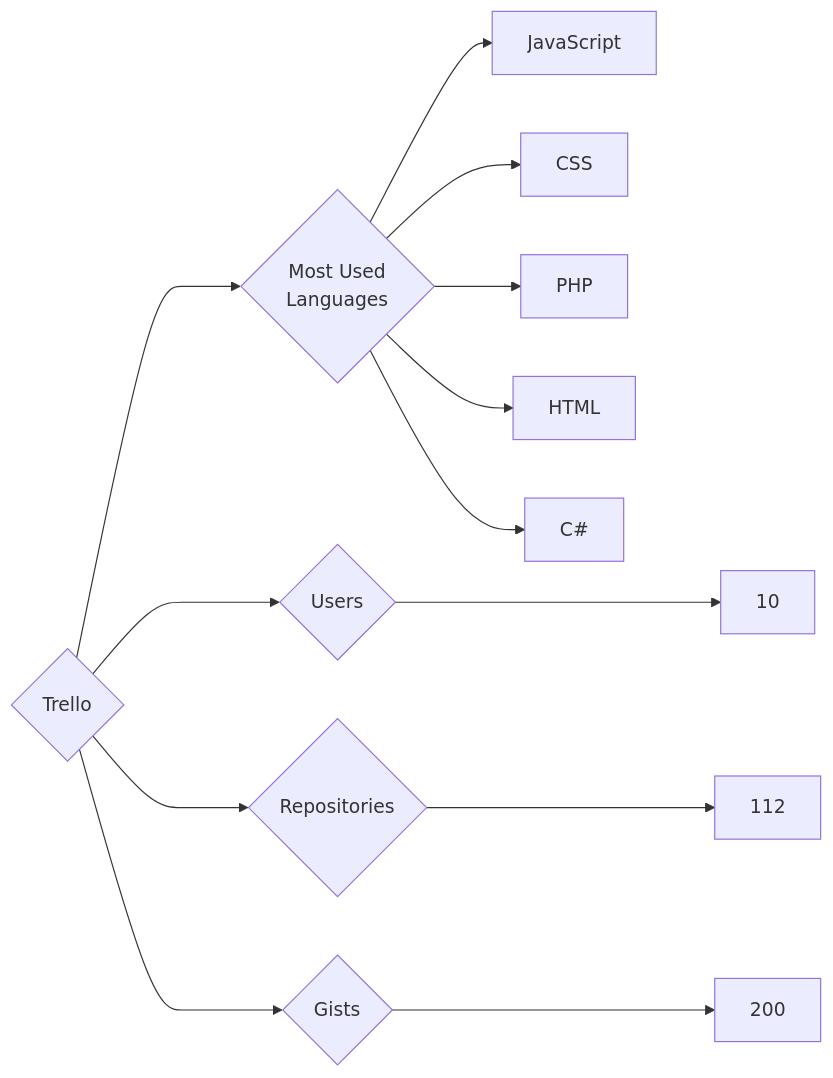
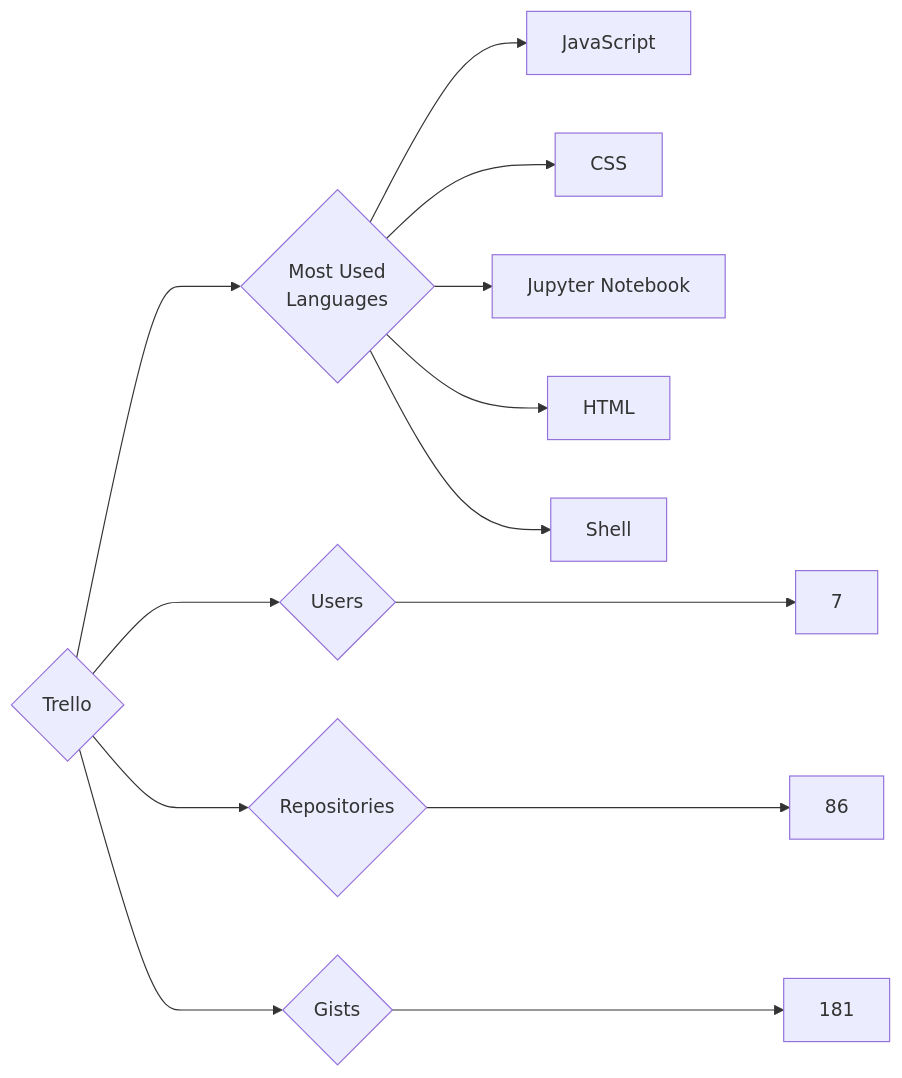
The diagram in targets/Trello/README.md (trickest/insiders), drawn with Mermaid before and after one commit. The commit also changed 976 other files, not shown here.

````diff
--- a/targets/Trello/README.md
+++ b/targets/Trello/README.md
@@ -3,13 +3,13 @@
 ```mermaid
 graph LR
 COMPANY_NAME{Trello}
-COMPANY_NAME ---> U{Users} ---> UN[10]
-COMPANY_NAME ---> R{Repositories} ---> RN[112]
-COMPANY_NAME ---> G{Gists} ---> GN[200]
+COMPANY_NAME ---> U{Users} ---> UN[7]
+COMPANY_NAME ---> R{Repositories} ---> RN[86]
+COMPANY_NAME ---> G{Gists} ---> GN[181]
 COMPANY_NAME ---> ML{Most Used<br>Languages}
 ML --> JavaScript[JavaScript]
 ML --> CSS[CSS]
-ML --> PHP[PHP]
+ML --> Jupyter_Notebook[Jupyter Notebook]
 ML --> HTML[HTML]
-ML --> C#[C#]
+ML --> Shell[Shell]
 ```
````
